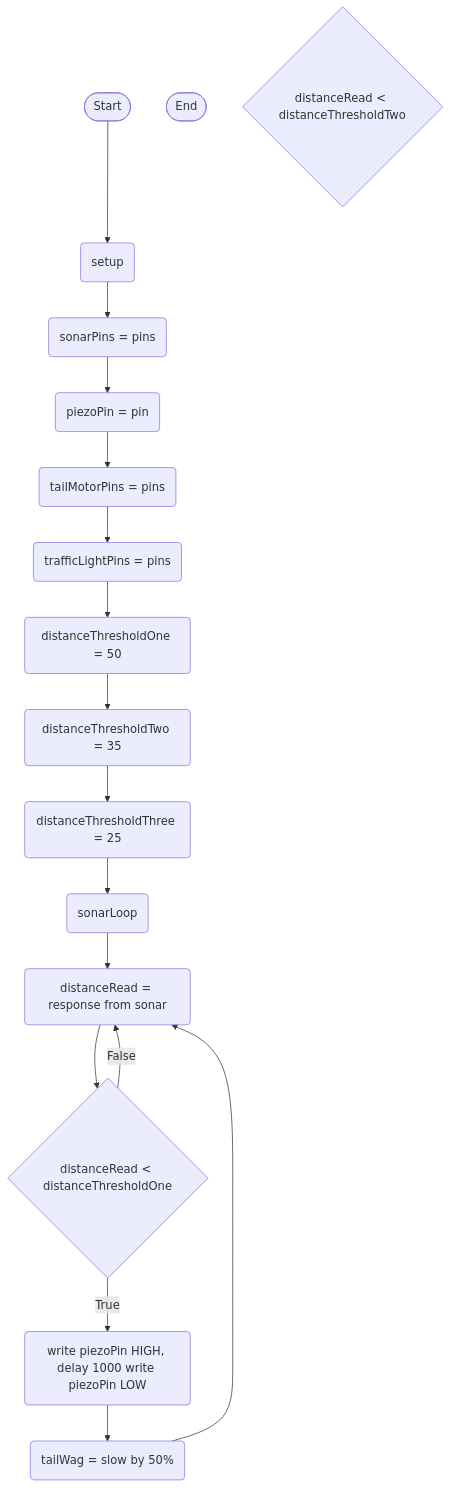
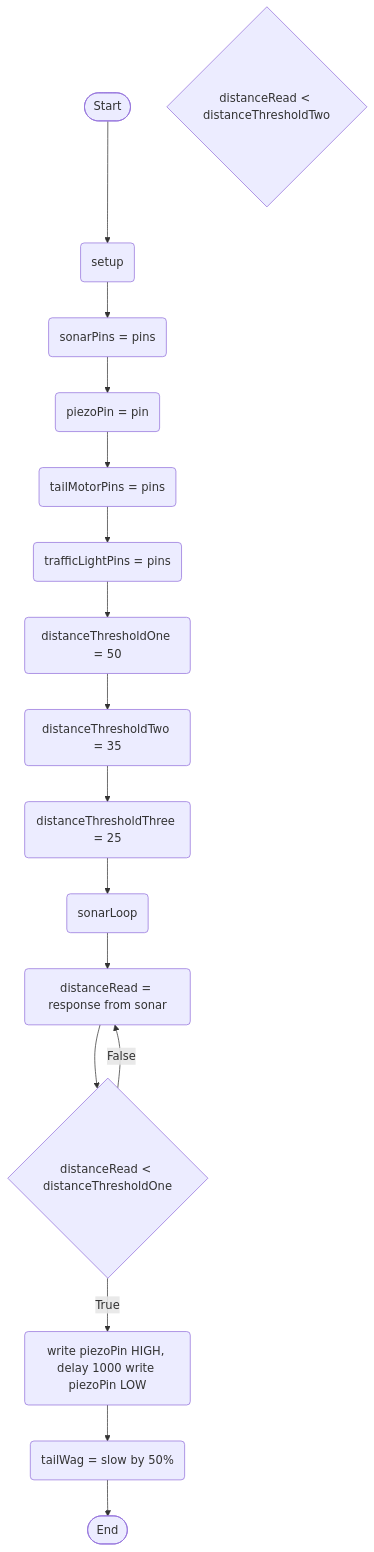
One commit to Deltace05/SmartDog changed the diagram in logic.md. Above: the diagram before and after it, drawn with Mermaid.

````diff
--- a/logic.md
+++ b/logic.md
@@ -1,36 +1,36 @@
 ```mermaid
 flowchart TD
 terminalStart([Start])
 terminalEnd([End])
 setupStart(setup)
 setSonarRead(sonarPins = pins)
 setPiezoPin(piezoPin = pin)
 setTail(tailMotorPins = pins)
 setLight(trafficLightPins = pins)
 thresholdSetOne(distanceThresholdOne = 50)
 thresholdSetTwo(distanceThresholdTwo = 35)
 thresholdSetThree(distanceThresholdThree = 25)
 currentDistanceReading(distanceRead = response from sonar)
 ifDistanceLessThanThresholdOne{distanceRead < distanceThresholdOne}
 ifDistanceLessThanThresholdTwo{distanceRead < distanceThresholdTwo}
 piezoOneBuzz(write piezoPin HIGH, delay 1000 write piezoPin LOW)
 tailSlow(tailWag = slow by 50%)
 sonarStart(sonarLoop)
 
 terminalStart --> setupStart
 setupStart --> setSonarRead
 setSonarRead --> setPiezoPin
 setPiezoPin --> setTail
 setTail --> setLight
 setLight --> thresholdSetOne
 thresholdSetOne --> thresholdSetTwo
 thresholdSetTwo --> thresholdSetThree
 thresholdSetThree --> sonarStart
 
 sonarStart --> currentDistanceReading
 currentDistanceReading --> ifDistanceLessThanThresholdOne
 ifDistanceLessThanThresholdOne --> |True| piezoOneBuzz
 piezoOneBuzz --> tailSlow
-tailSlow --> currentDistanceReading
+tailSlow --> terminalEnd
 ifDistanceLessThanThresholdOne --> |False| currentDistanceReading
 ```
````
